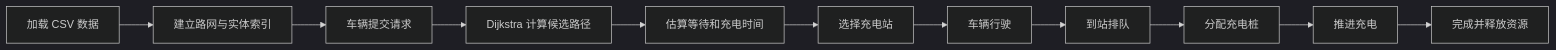
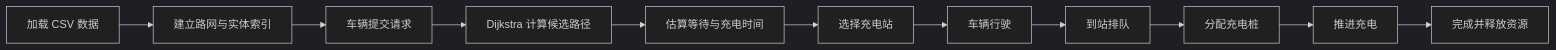
One commit to Qianying-Chuugu/ev-charging-scheduling-simulator changed the diagram in README.md. Above: the diagram before and after it, drawn with Mermaid (dark theme). The commit also changed other lines of this file and 6 other files, not shown here.

First line of the commit message:
docs: 更新 README 并添加系统界面截图

````diff
--- a/README.md
+++ b/README.md
@@ -45,13 +169,13 @@
 ```mermaid
 flowchart LR
     A[加载 CSV 数据] --> B[建立路网与实体索引]
     B --> C[车辆提交请求]
     C --> D[Dijkstra 计算候选路径]
-    D --> E[估算等待和充电时间]
+    D --> E[估算等待与充电时间]
     E --> F[选择充电站]
     F --> G[车辆行驶]
     G --> H[到站排队]
     H --> I[分配充电桩]
     I --> J[推进充电]
     J --> K[完成并释放资源]
 ```
````
